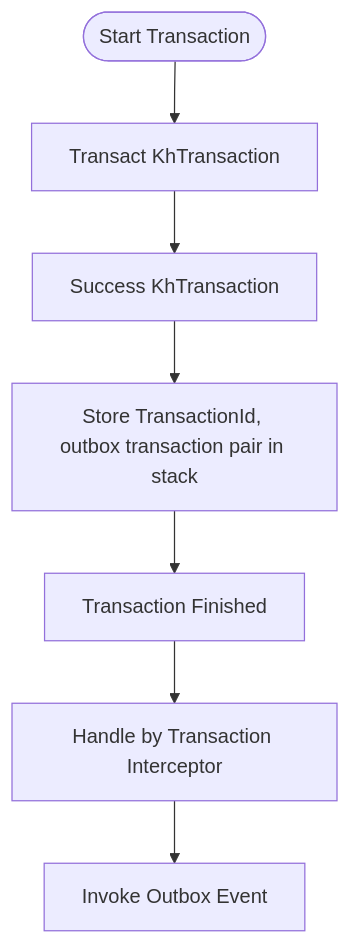
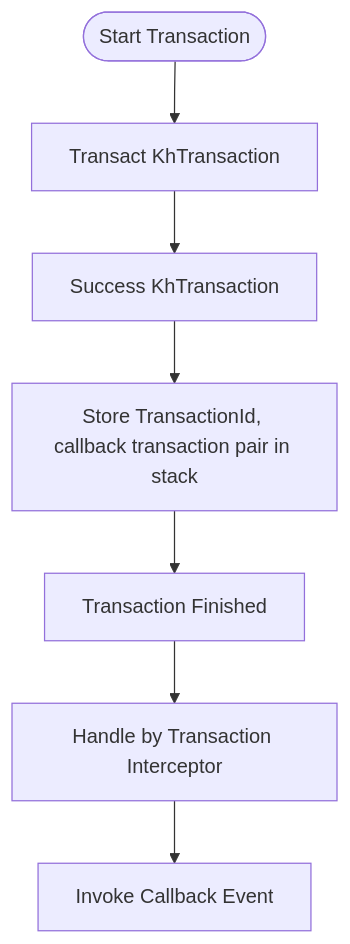
One commit to keyhub-projects/distributed-transaction-kit changed the second of 5 diagrams in README.md. Above: the diagram before and after it, drawn with Mermaid. The commit also changed other lines of this file and 28 other files, not shown here.

````diff
--- a/README.md
+++ b/README.md
@@ -84,9 +120,9 @@
 ```mermaid
 flowchart TD
     start([Start Transaction]) --> khTransaction["Transact KhTransaction"]
     khTransaction --> khTransactionSuccess["Success KhTransaction"]
-    khTransactionSuccess --> storeTransactionId["Store TransactionId, outbox transaction pair in stack"]
+    khTransactionSuccess --> storeTransactionId["Store TransactionId, callback transaction pair in stack"]
     storeTransactionId --> finishTransaction["Transaction Finished"]
     finishTransaction --> handleByInterceptor["Handle by Transaction Interceptor"]
-    handleByInterceptor --> invokeOutboxEventByStore["Invoke Outbox Event"]
+    handleByInterceptor --> invokeCallbackEventByStore["Invoke Callback Event"]
 ```
````
